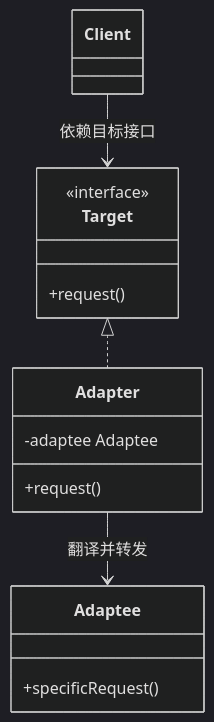
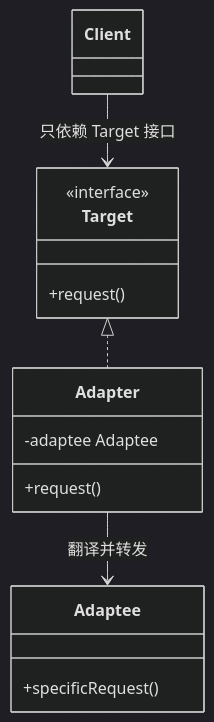
The first of 8 diagrams in 设计模式/GoF/02-Structural-Patterns.md (coswit/coswit.github.io), drawn with Mermaid (dark theme) before and after one commit. The commit also changed other lines of this file and 11 other files, not shown here.

````diff
--- a/设计模式/GoF/02-Structural-Patterns.md
+++ b/设计模式/GoF/02-Structural-Patterns.md
@@ -39,18 +35,18 @@
 ```mermaid
 classDiagram
     class Client
     class Target {
         <<interface>>
         +request()
     }
     class Adapter {
         -adaptee Adaptee
         +request()
     }
     class Adaptee {
         +specificRequest()
     }
-    Client --> Target : 依赖目标接口
+    Client --> Target : 只依赖 Target 接口
     Target <|.. Adapter
     Adapter --> Adaptee : 翻译并转发
 ```
````
